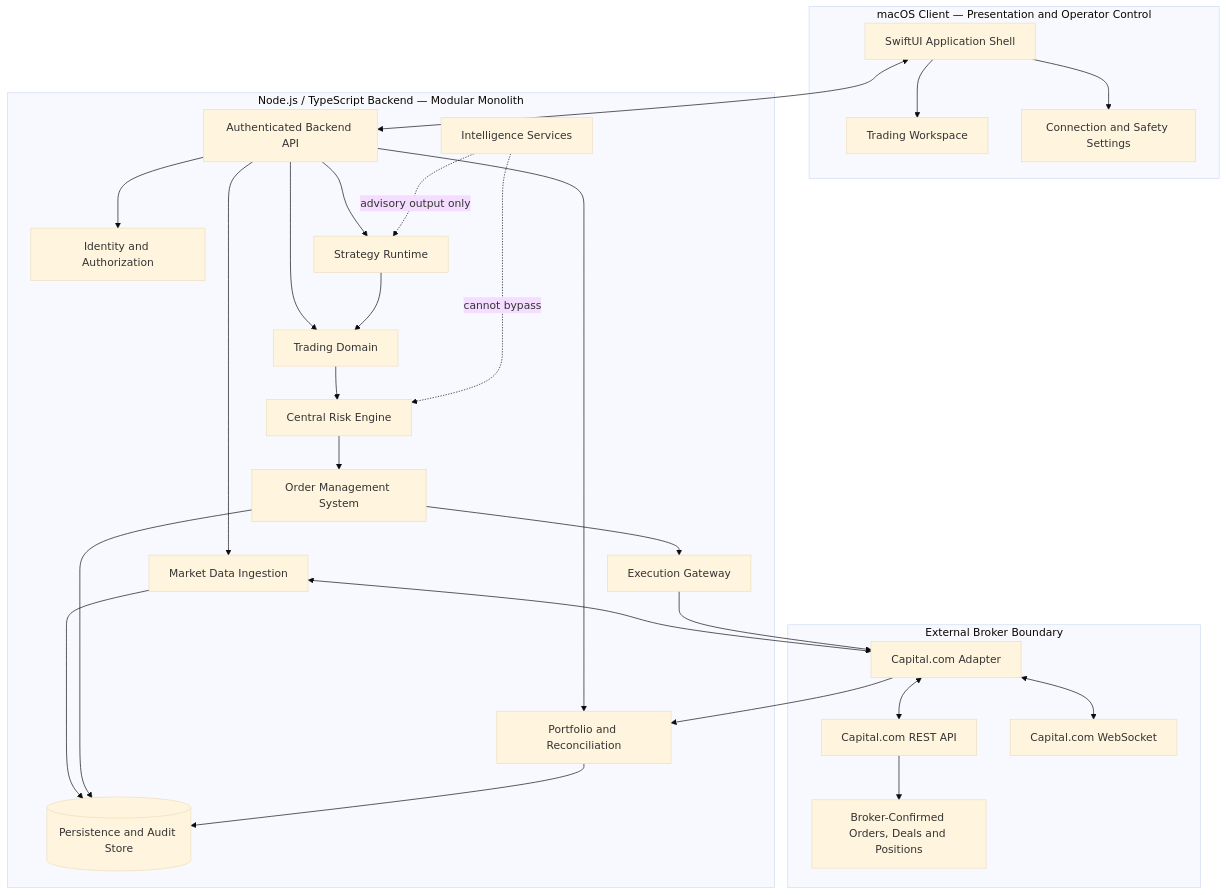
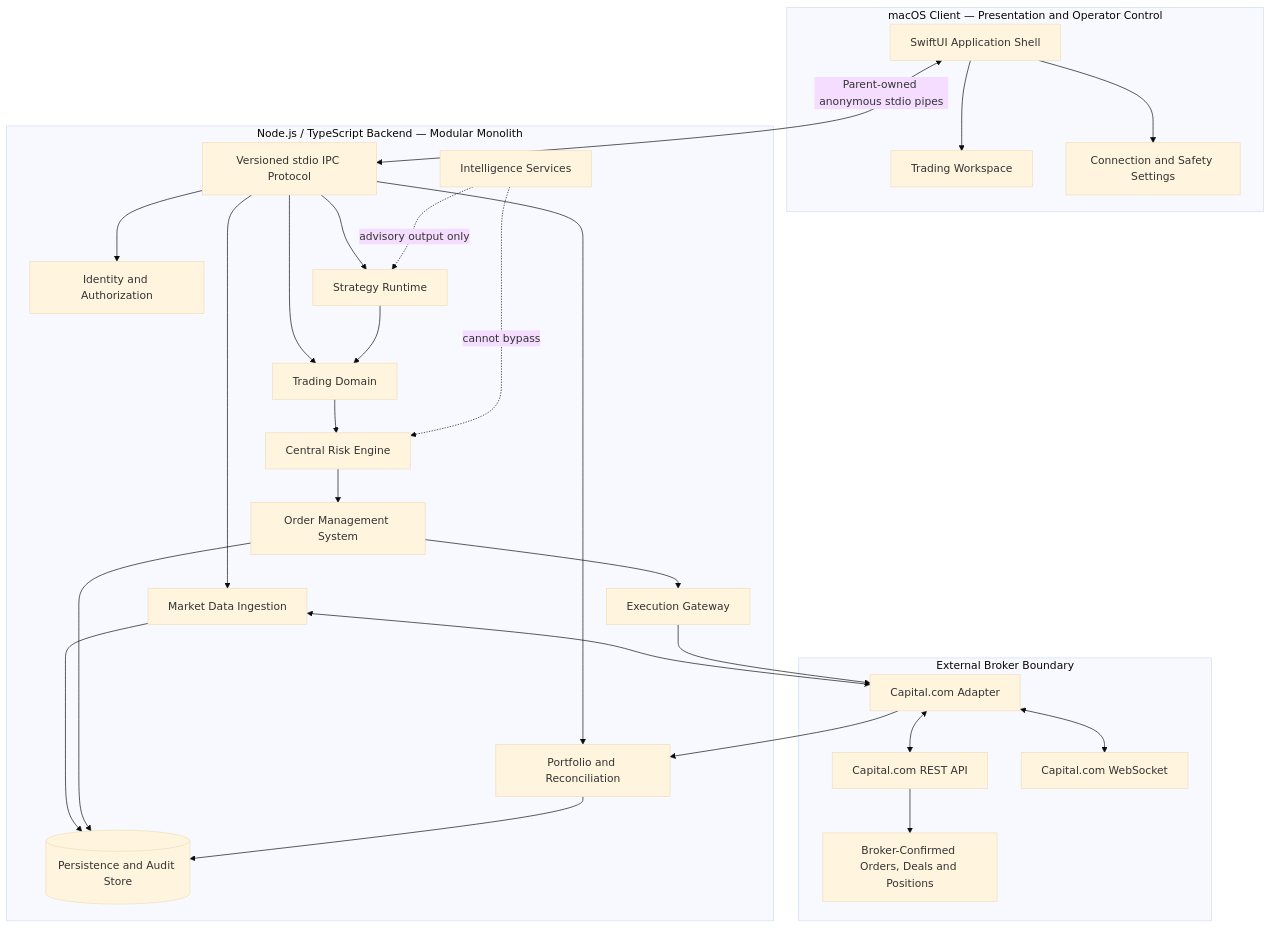
One commit to atheertrading/AtheerAutotrade changed the first of 10 diagrams in docs/architecture/diagrams/README.md. Above: the diagram before and after it, drawn with Mermaid (base theme). The commit also changed other lines of this file, not shown here.

Commit message:
docs(architecture): align trust-boundary diagrams with stdio IPC

````diff
--- a/docs/architecture/diagrams/README.md
+++ b/docs/architecture/diagrams/README.md
@@ -47,55 +49,55 @@
 ```mermaid
 flowchart TB
     subgraph CLIENT["macOS Client — Presentation and Operator Control"]
         UI["SwiftUI Application Shell"]
         WORKSPACE["Trading Workspace"]
         SETTINGS["Connection and Safety Settings"]
         UI --> WORKSPACE
         UI --> SETTINGS
     end
 
     subgraph BACKEND["Node.js / TypeScript Backend — Modular Monolith"]
-        API["Authenticated Backend API"]
+        IPC["Versioned stdio IPC Protocol"]
         AUTH["Identity and Authorization"]
         DOMAIN["Trading Domain"]
         MARKET["Market Data Ingestion"]
         STRATEGY["Strategy Runtime"]
         RISK["Central Risk Engine"]
         OMS["Order Management System"]
         GATEWAY["Execution Gateway"]
         PORTFOLIO["Portfolio and Reconciliation"]
         INTEL["Intelligence Services"]
         STORE[("Persistence and Audit Store")]
 
-        API --> AUTH
-        API --> DOMAIN
-        API --> MARKET
-        API --> STRATEGY
-        API --> PORTFOLIO
+        IPC --> AUTH
+        IPC --> DOMAIN
+        IPC --> MARKET
+        IPC --> STRATEGY
+        IPC --> PORTFOLIO
         STRATEGY --> DOMAIN
         DOMAIN --> RISK
         RISK --> OMS
         OMS --> GATEWAY
         MARKET --> STORE
         OMS --> STORE
         PORTFOLIO --> STORE
         INTEL -. "advisory output only" .-> STRATEGY
         INTEL -. "cannot bypass" .-> RISK
     end
 
     subgraph BROKER["External Broker Boundary"]
         ADAPTER["Capital.com Adapter"]
         REST["Capital.com REST API"]
         WS["Capital.com WebSocket"]
         BROKER_STATE["Broker-Confirmed Orders, Deals and Positions"]
         ADAPTER <--> REST
         ADAPTER <--> WS
         REST --> BROKER_STATE
     end
 
-    UI <--> API
+    UI <-->|Parent-owned anonymous stdio pipes| IPC
     MARKET <--> ADAPTER
     GATEWAY --> ADAPTER
     ADAPTER --> PORTFOLIO
 
 ```
````
